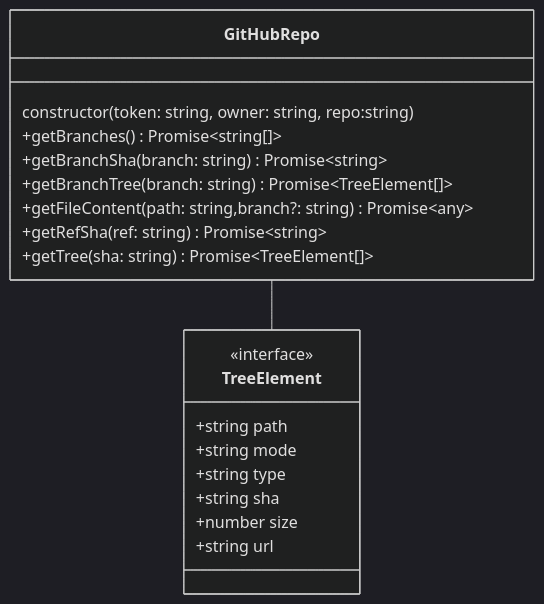
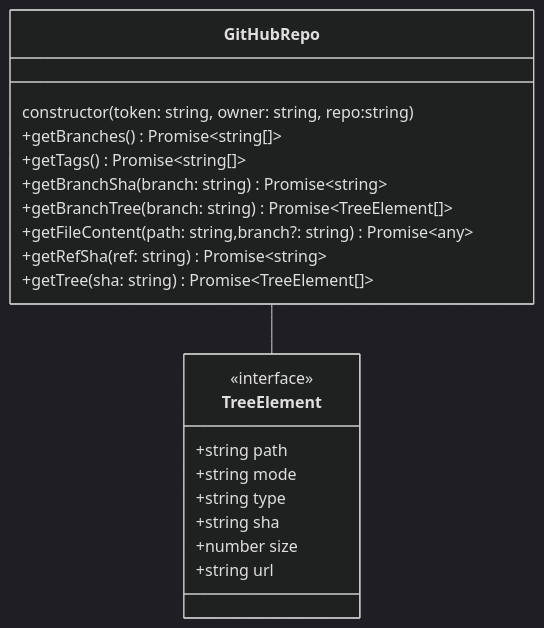
The diagram in docs/md/GitHubRepo.md (tomsdoo/github-repo), drawn with Mermaid (dark theme) before and after one commit. The commit also changed other lines of this file and 7 other files, not shown here.

First line of the commit message:
GitHubRepo getTags() is added (#16)

````diff
--- a/docs/md/GitHubRepo.md
+++ b/docs/md/GitHubRepo.md
@@ -16,25 +17,26 @@
 ``` mermaid
 classDiagram
 
 class GitHubRepo {
   constructor(token: string, owner: string, repo:string)
   +getBranches() Promise~string[]~
+  +getTags() Promise~string[]~
   +getBranchSha(branch: string) Promise~string~
   +getBranchTree(branch: string) Promise~TreeElement[]~
   +getFileContent(path: string,branch?: string) Promise~any~
   +getRefSha(ref: string) Promise~string~
   +getTree(sha: string) Promise~TreeElement[]~
 }
 
 class TreeElement {
   <<interface>>
   +string path
   +string mode
   +string type
   +string sha
   +number size
   +string url
 }
 
 GitHubRepo -- TreeElement
 ```
````
